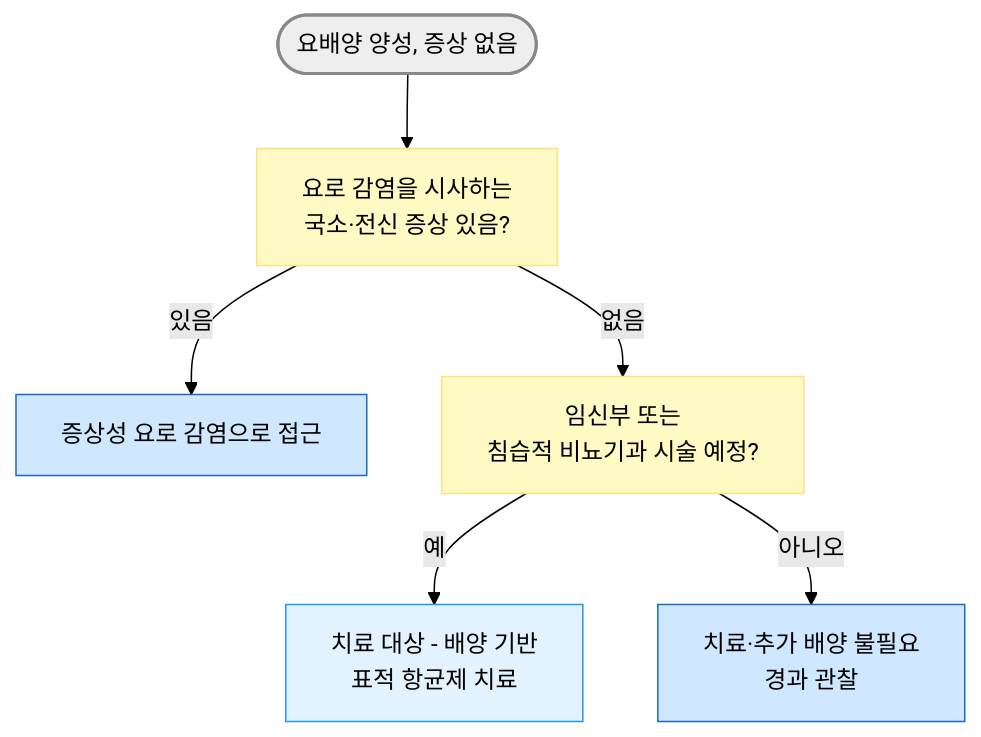
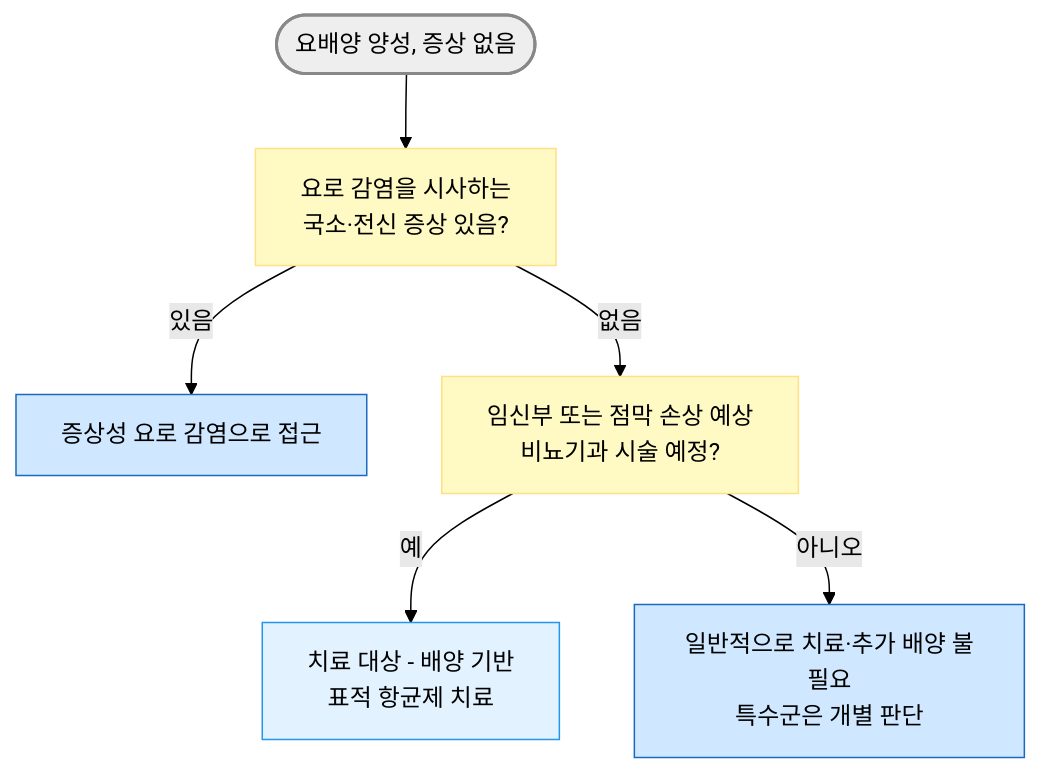
The diagram in 227_/114_-asymptomatic-bacteriuria.md (familyoh77/familyoh77), drawn with Mermaid (forest theme) before and after one commit. The commit also changed other lines of this file and 7 other files, not shown here.

````diff
--- a/227_/114_-asymptomatic-bacteriuria.md
+++ b/227_/114_-asymptomatic-bacteriuria.md
@@ -61,15 +63,15 @@
 ```mermaid
 graph TD
     A([요배양 양성, 증상 없음]) --> B[요로 감염을 시사하는<br>국소·전신 증상 있음?]
     B -- 있음 --> C[증상성 요로 감염으로 접근]
-    B -- 없음 --> D[임신부 또는<br>침습적 비뇨기과 시술 예정?]
+    B -- 없음 --> D[임신부 또는 점막 손상 예상<br>비뇨기과 시술 예정?]
     D -- 예 --> E[치료 대상 - 배양 기반<br>표적 항균제 치료]
-    D -- 아니오 --> F[치료·추가 배양 불필요<br>경과 관찰]
+    D -- 아니오 --> F[일반적으로 치료·추가 배양 불필요<br>특수군은 개별 판단]
 
 style A fill:#eeeeee,stroke:#888888,stroke-width:2px
 classDef yellow fill:#fff9c4,stroke:#ffe082
 class B,D yellow
 classDef blue fill:#d0e8ff,stroke:#1a6abf
 class C,F blue
 style E fill:#e3f2ff,stroke:#2196f3
 ```
````
